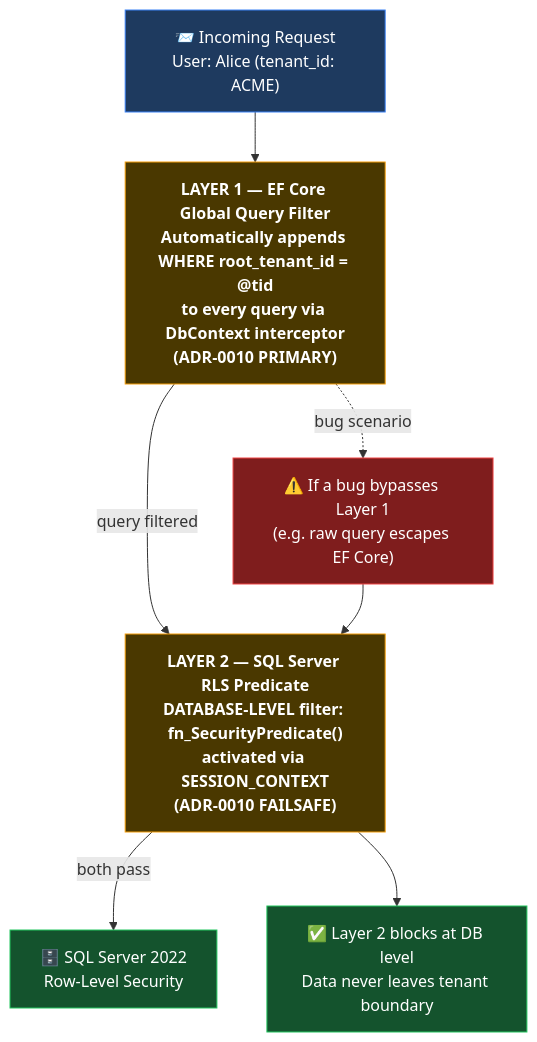
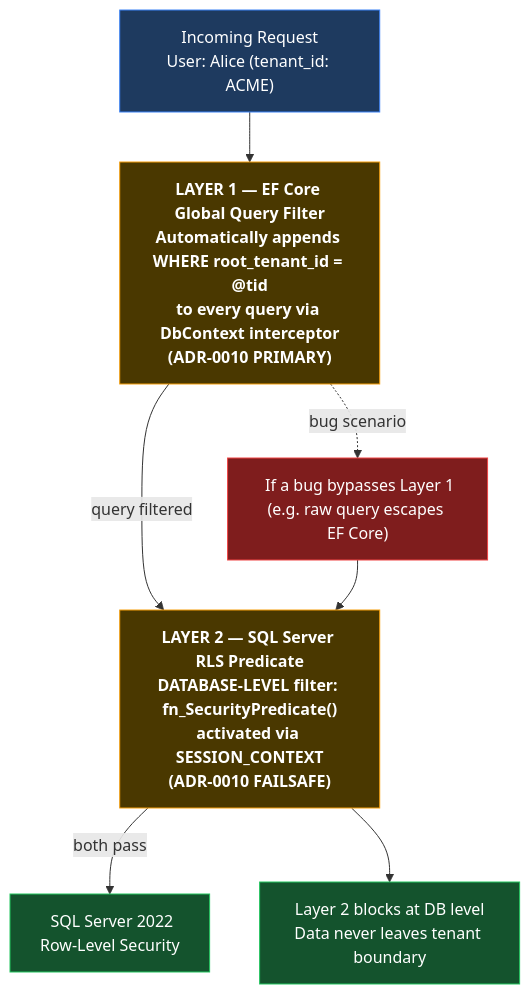
One commit to beyondnetcode/evolith_arch32 changed the fifth of 7 diagrams in reference/knowledge/demo/ums-technical-overview.md. Above: the diagram before and after it, drawn with Mermaid. The commit also changed other lines of this file and 41 other files, not shown here.

````diff
--- a/reference/knowledge/demo/ums-technical-overview.md
+++ b/reference/knowledge/demo/ums-technical-overview.md
@@ -188,21 +188,21 @@
 ```mermaid
 flowchart TD
     classDef req fill:#1e3a5f,stroke:#3b82f6,color:#fff
     classDef layer fill:#4a3800,stroke:#f59e0b,color:#fff,font-weight:bold
     classDef pass fill:#14532d,stroke:#22c55e,color:#fff
     classDef block fill:#7f1d1d,stroke:#ef4444,color:#fff
 
-    REQ["📨 Incoming Request\nUser: Alice (tenant_id: ACME)"]:::req
+    REQ[" Incoming Request\nUser: Alice (tenant_id: ACME)"]:::req
     L1["LAYER 1 — EF Core Global Query Filter\nAutomatically appends WHERE root_tenant_id = @tid\nto every query via DbContext interceptor\n(ADR-0010 PRIMARY)"]:::layer
     L2["LAYER 2 — SQL Server RLS Predicate\nDATABASE-LEVEL filter: fn_SecurityPredicate()\nactivated via SESSION_CONTEXT\n(ADR-0010 FAILSAFE)"]:::layer
-    DB["🗄️ SQL Server 2022\nRow-Level Security"]:::pass
-    BUG["⚠️ If a bug bypasses Layer 1\n(e.g. raw query escapes EF Core)"]:::block
-    SAFE["✅ Layer 2 blocks at DB level\nData never leaves tenant boundary"]:::pass
+    DB["️ SQL Server 2022\nRow-Level Security"]:::pass
+    BUG["️ If a bug bypasses Layer 1\n(e.g. raw query escapes EF Core)"]:::block
+    SAFE[" Layer 2 blocks at DB level\nData never leaves tenant boundary"]:::pass
 
     REQ --> L1
     L1 -->|"query filtered"| L2
     L2 -->|"both pass"| DB
     L1 -.->|"bug scenario"| BUG
     BUG --> L2
     L2 --> SAFE
 ```
````
